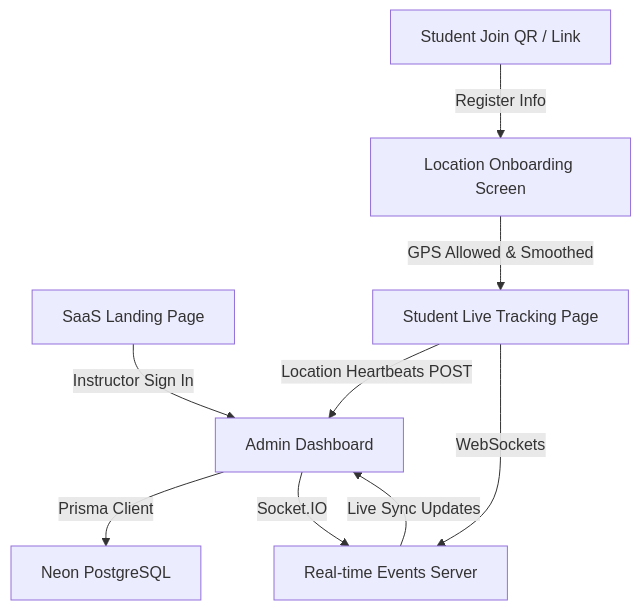
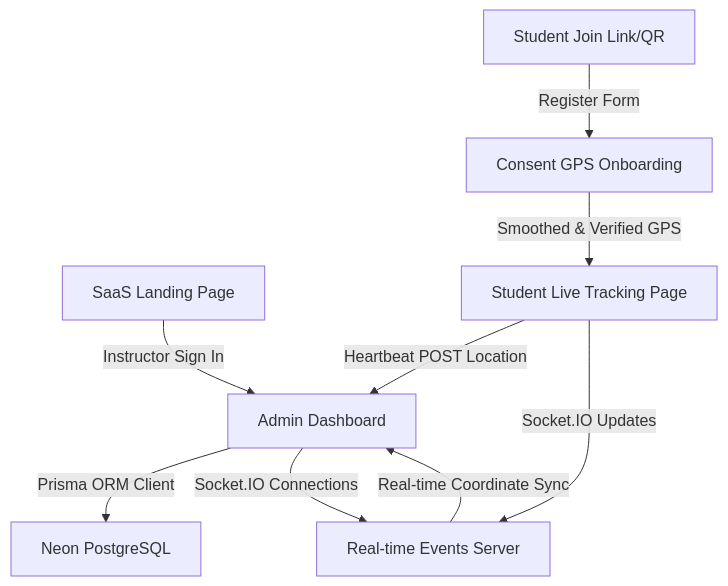
The diagram in README.md (jeedijoshua-art/classtrack), drawn with Mermaid before and after one commit. The commit also changed other lines of this file and 7 other files, not shown here.

````diff
--- a/README.md
+++ b/README.md
@@ -39,11 +46,11 @@
 ```mermaid
 graph TD
     A[SaaS Landing Page] -->|Instructor Sign In| B[Admin Dashboard]
-    B -->|Prisma Client| C[Neon PostgreSQL]
-    B -->|Socket.IO| D[Real-time Events Server]
-    E[Student Join QR / Link] -->|Register Info| F[Location Onboarding Screen]
-    F -->|GPS Allowed & Smoothed| G[Student Live Tracking Page]
-    G -->|Location Heartbeats POST| B
-    G -->|WebSockets| D
-    D -->|Live Sync Updates| B
+    B -->|Prisma ORM Client| C[Neon PostgreSQL]
+    B -->|Socket.IO Connections| D[Real-time Events Server]
+    E[Student Join Link/QR] -->|Register Form| F[Consent GPS Onboarding]
+    F -->|Smoothed & Verified GPS| G[Student Live Tracking Page]
+    G -->|Heartbeat POST Location| B
+    G -->|Socket.IO Updates| D
+    D -->|Real-time Coordinate Sync| B
 ```
````
